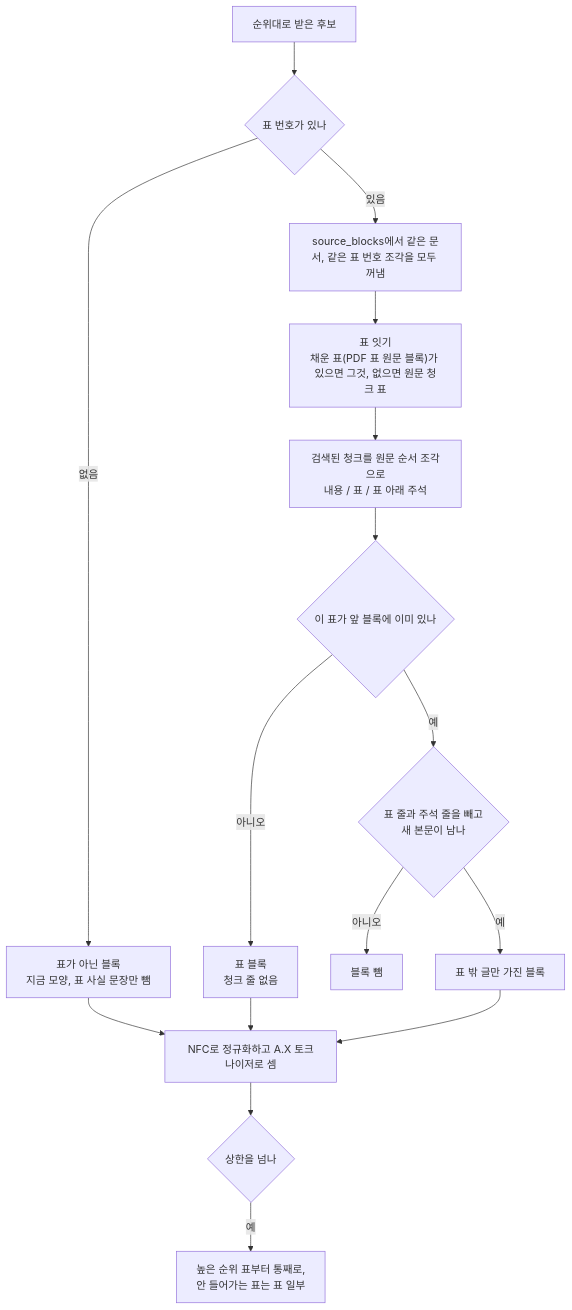
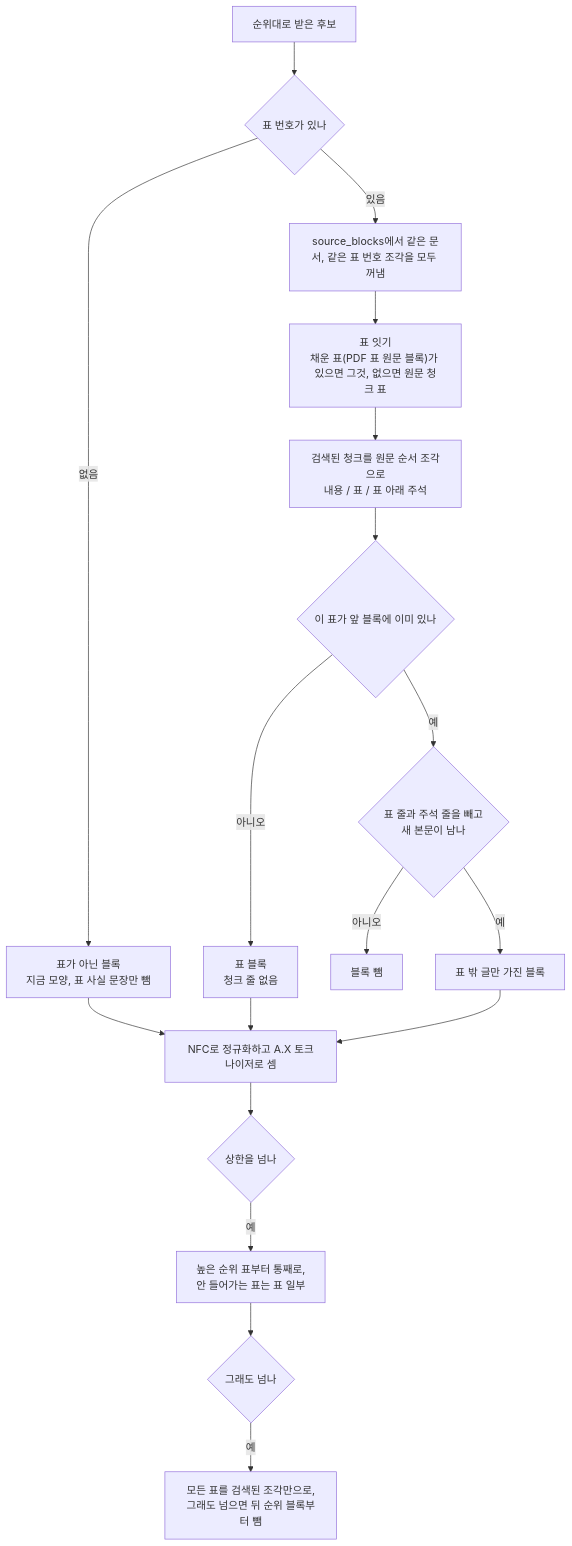
The diagram in docs/rag/m2/표-블록-조립-20261128.md (QyongGin/DocuMind), drawn with Mermaid before and after one commit. The commit also changed other lines of this file and 1 other file, not shown here.

````diff
--- a/docs/rag/m2/표-블록-조립-20261128.md
+++ b/docs/rag/m2/표-블록-조립-20261128.md
@@ -75,18 +75,20 @@
 ```mermaid
 flowchart TD
     A["순위대로 받은 후보"] --> B{"표 번호가 있나"}
     B -- 없음 --> P["표가 아닌 블록<br/>지금 모양, 표 사실 문장만 뺌"]
     B -- 있음 --> C["source_blocks에서 같은 문서, 같은 표 번호 조각을 모두 꺼냄"]
     C --> D["표 잇기<br/>채운 표(PDF 표 원문 블록)가 있으면 그것, 없으면 원문 청크 표"]
     D --> E["검색된 청크를 원문 순서 조각으로<br/>내용 / 표 / 표 아래 주석"]
     E --> F{"이 표가 앞 블록에 이미 있나"}
     F -- 아니오 --> G["표 블록<br/>청크 줄 없음"]
     F -- 예 --> H{"표 줄과 주석 줄을 빼고<br/>새 본문이 남나"}
     H -- 아니오 --> X["블록 뺌"]
     H -- 예 --> I["표 밖 글만 가진 블록"]
     G --> L["NFC로 정규화하고 A.X 토크나이저로 셈"]
     P --> L
     I --> L
     L --> M{"상한을 넘나"}
     M -- 예 --> N["높은 순위 표부터 통째로,<br/>안 들어가는 표는 표 일부"]
+    N --> O{"그래도 넘나"}
+    O -- 예 --> Q["모든 표를 검색된 조각만으로,<br/>그래도 넘으면 뒤 순위 블록부터 뺌"]
 ```
````
